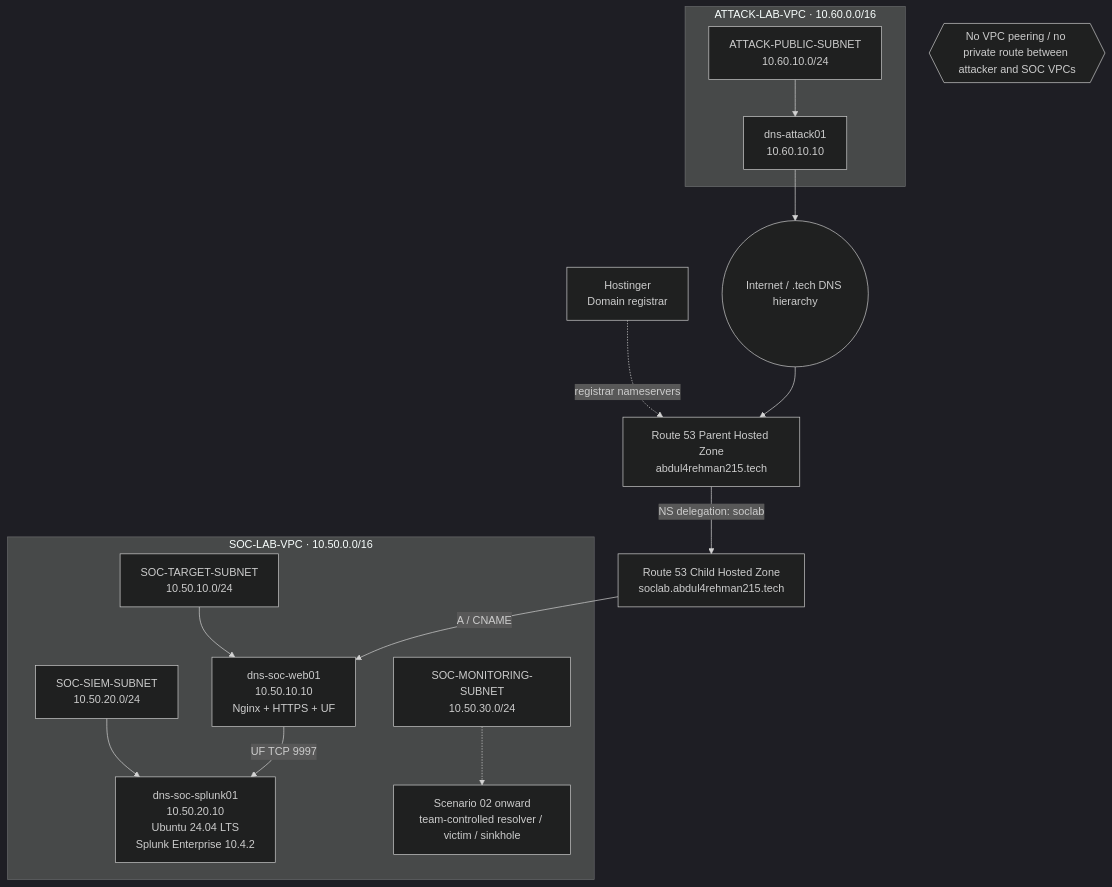
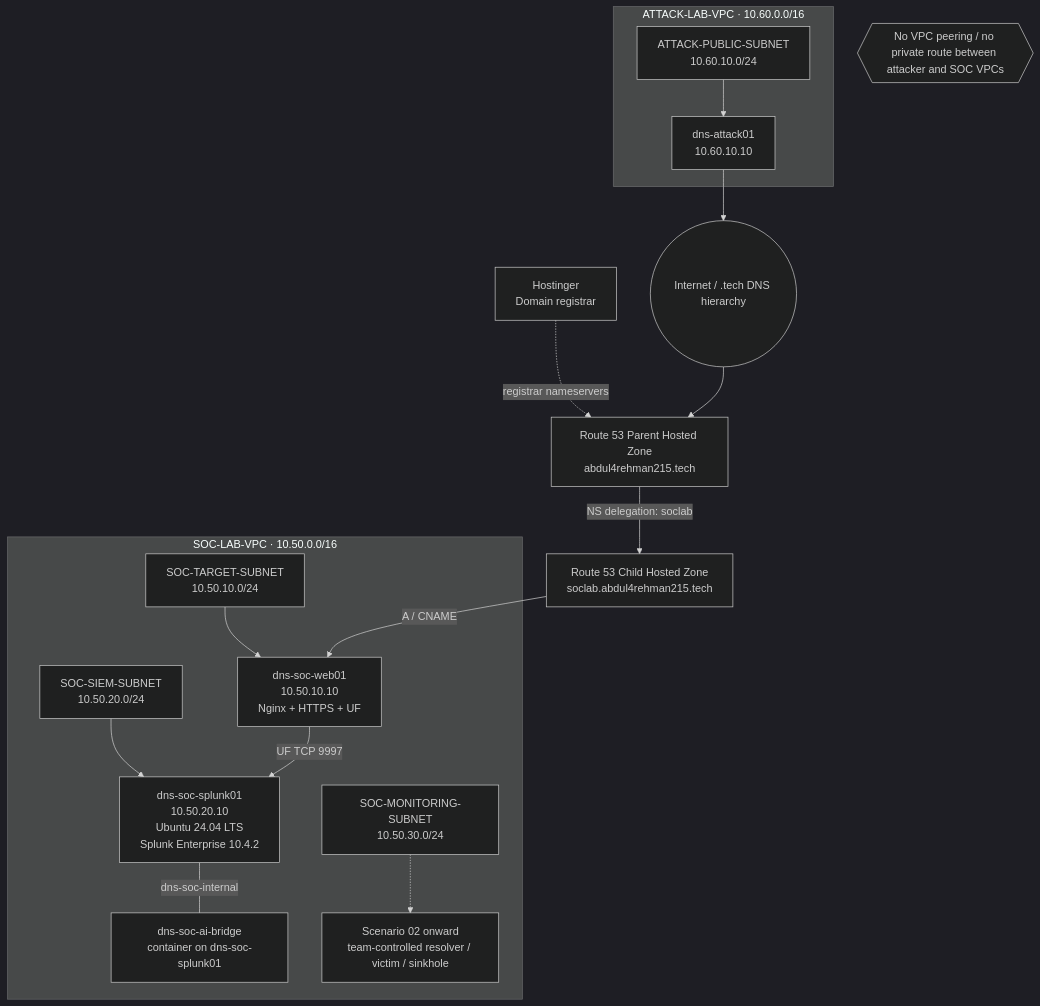
One commit to DNS-SOC-Lab/DNS-Lab-Infrastructure changed the first of 2 diagrams in README.md. Above: the diagram before and after it, drawn with Mermaid (dark theme). The commit also changed other lines of this file and 5 other files, not shown here.

````diff
--- a/README.md
+++ b/README.md
@@ -32,34 +33,36 @@
 ```mermaid
 flowchart TB
     Registrar[Hostinger<br/>Domain registrar]
     Internet((Internet / .tech DNS hierarchy))
 
     Parent[Route 53 Parent Hosted Zone<br/>abdul4rehman215.tech]
     Child[Route 53 Child Hosted Zone<br/>soclab.abdul4rehman215.tech]
 
     subgraph ATTACK[ATTACK-LAB-VPC · 10.60.0.0/16]
         AS[ATTACK-PUBLIC-SUBNET<br/>10.60.10.0/24]
         A[dns-attack01<br/>10.60.10.10]
         AS --> A
     end
 
     subgraph SOC[SOC-LAB-VPC · 10.50.0.0/16]
         TS[SOC-TARGET-SUBNET<br/>10.50.10.0/24]
         SS[SOC-SIEM-SUBNET<br/>10.50.20.0/24]
         MS[SOC-MONITORING-SUBNET<br/>10.50.30.0/24]
         W[dns-soc-web01<br/>10.50.10.10<br/>Nginx + HTTPS + UF]
         S[dns-soc-splunk01<br/>10.50.20.10<br/>Ubuntu 24.04 LTS<br/>Splunk Enterprise 10.4.2]
+        AI[dns-soc-ai-bridge<br/>container on dns-soc-splunk01]
         TS --> W
         SS --> S
+        S ---|dns-soc-internal| AI
         MS -.-> Future[Scenario 02 onward<br/>team-controlled resolver / victim / sinkhole]
     end
 
     Registrar -. registrar nameservers .-> Parent
     Internet --> Parent
     Parent -->|NS delegation: soclab| Child
     Child -->|A / CNAME| W
     A --> Internet
     W -->|UF TCP 9997| S
 
     X{{No VPC peering / no private route between attacker and SOC VPCs}}
 ```
````
